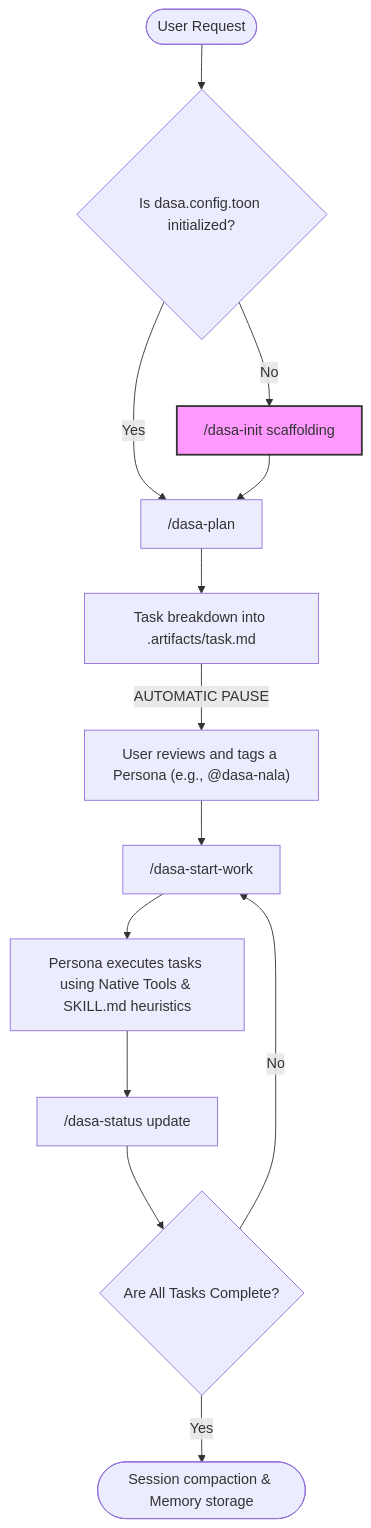
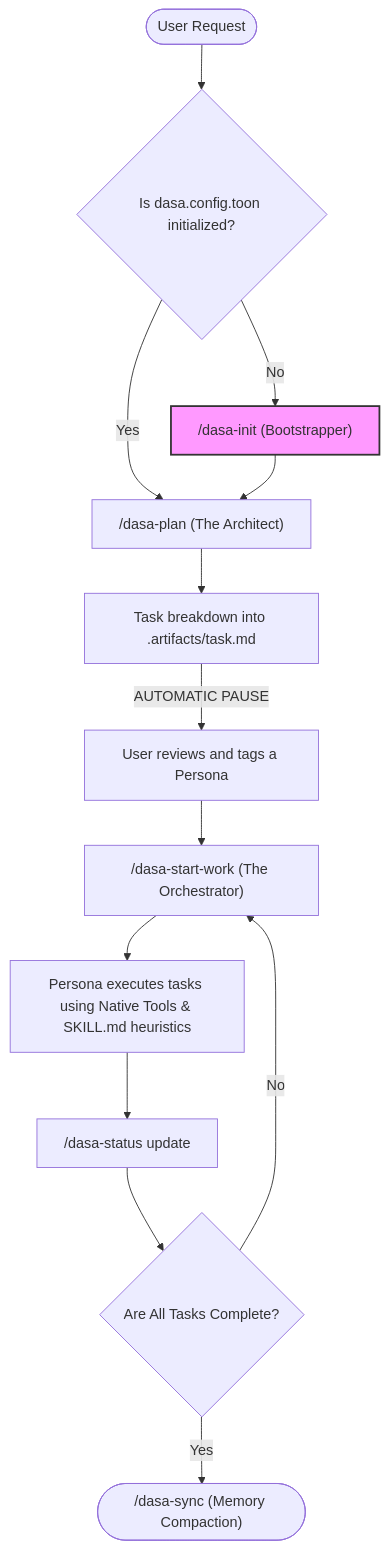
One commit to TudeOrangBiasa/dasa-sradha-kit changed the diagram in HOW_IT_WORKS.md. Above: the diagram before and after it, drawn with Mermaid. The commit also changed other lines of this file and 1 other file, not shown here.

Commit message:
docs: added comprehensive architectural overview and open-source contribution guidelines

````diff
--- a/HOW_IT_WORKS.md
+++ b/HOW_IT_WORKS.md
@@ -9,23 +46,23 @@
 ```mermaid
 graph TD
     A([User Request]) --> B{Is dasa.config.toon initialized?}
-    B -- No --> C["/dasa-init scaffolding"]
-    B -- Yes --> D["/dasa-plan"]
+    B -- No --> C["/dasa-init (Bootstrapper)"]
+    B -- Yes --> D["/dasa-plan (The Architect)"]
     
     C --> D
     
     D --> E["Task breakdown into .artifacts/task.md"]
-    E -- AUTOMATIC PAUSE --> F["User reviews and tags a Persona (e.g., @dasa-nala)"]
+    E -- AUTOMATIC PAUSE --> F["User reviews and tags a Persona"]
     
-    F --> G["/dasa-start-work"]
+    F --> G["/dasa-start-work (The Orchestrator)"]
     G --> H[Persona executes tasks using Native Tools & SKILL.md heuristics]
     
     H --> I["/dasa-status update"]
     I --> J{Are All Tasks Complete?}
     
     J -- No --> G
-    J -- Yes --> K(["Session compaction & Memory storage"])
+    J -- Yes --> K(["/dasa-sync (Memory Compaction)"])
     
     classDef init fill:#f9f,stroke:#333,stroke-width:2px;
     class C init;
 ```
````
